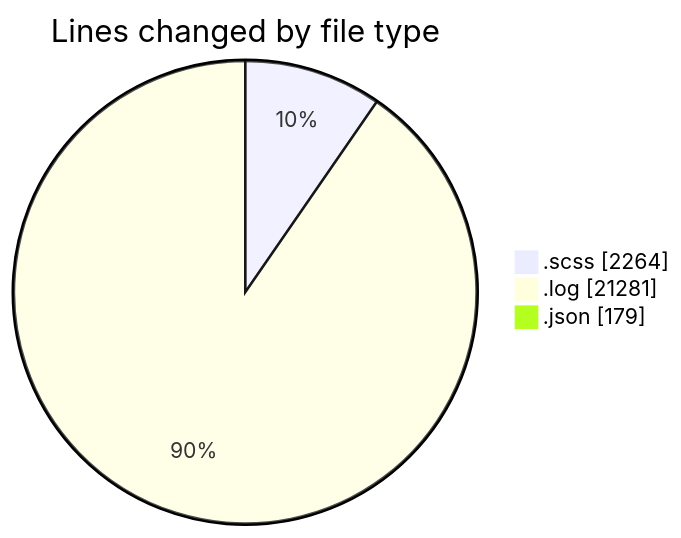
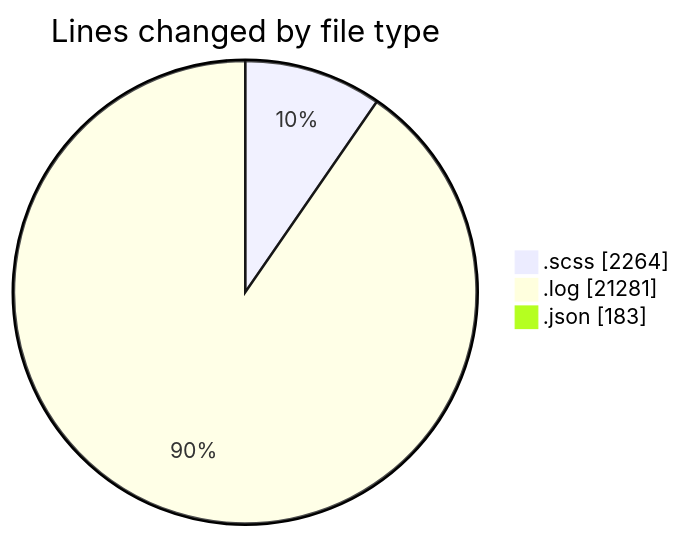
The first of 2 diagrams in 2026-01-21/cda/README.md (momahboobian/code-tracking), drawn with Mermaid before and after one commit. The commit also changed other lines of this file and 1 other file, not shown here.

````diff
--- a/2026-01-21/cda/README.md
+++ b/2026-01-21/cda/README.md
@@ -31,7 +31,7 @@
 ```mermaid
 pie showData
 title Lines changed by file type
 ".scss" : 2264
 ".log" : 21281
-".json" : 179
+".json" : 183
 ```
````
